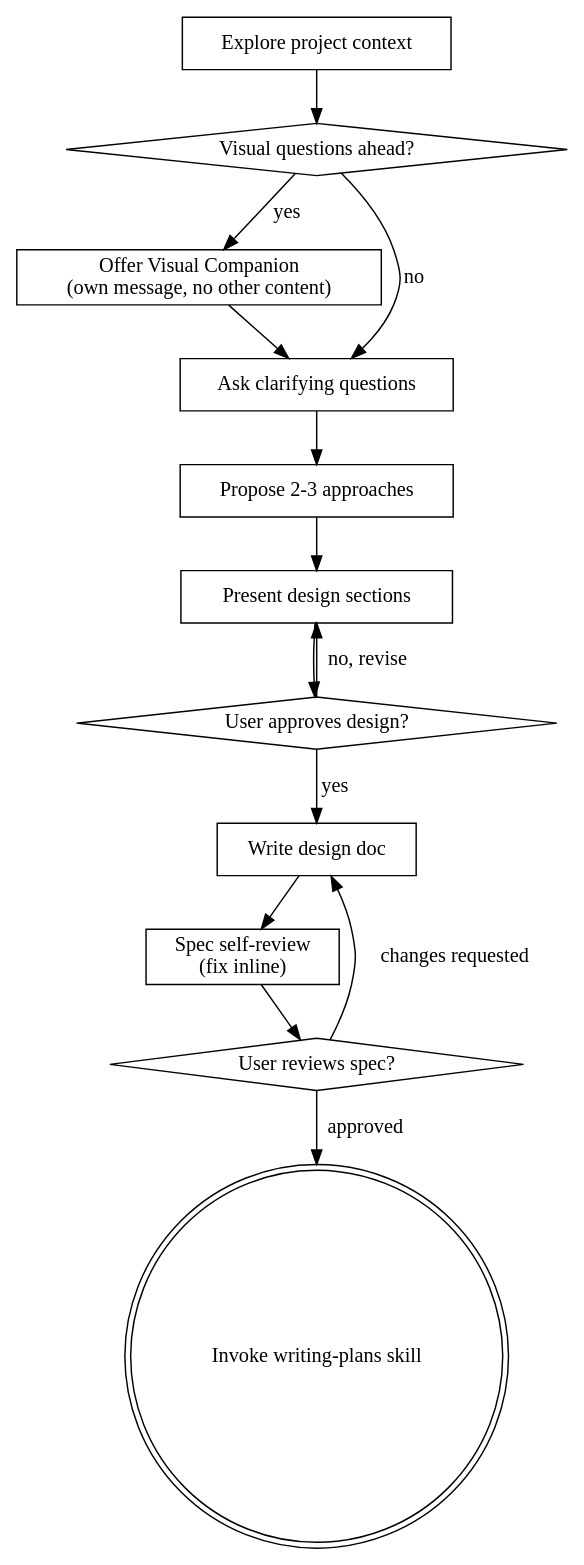
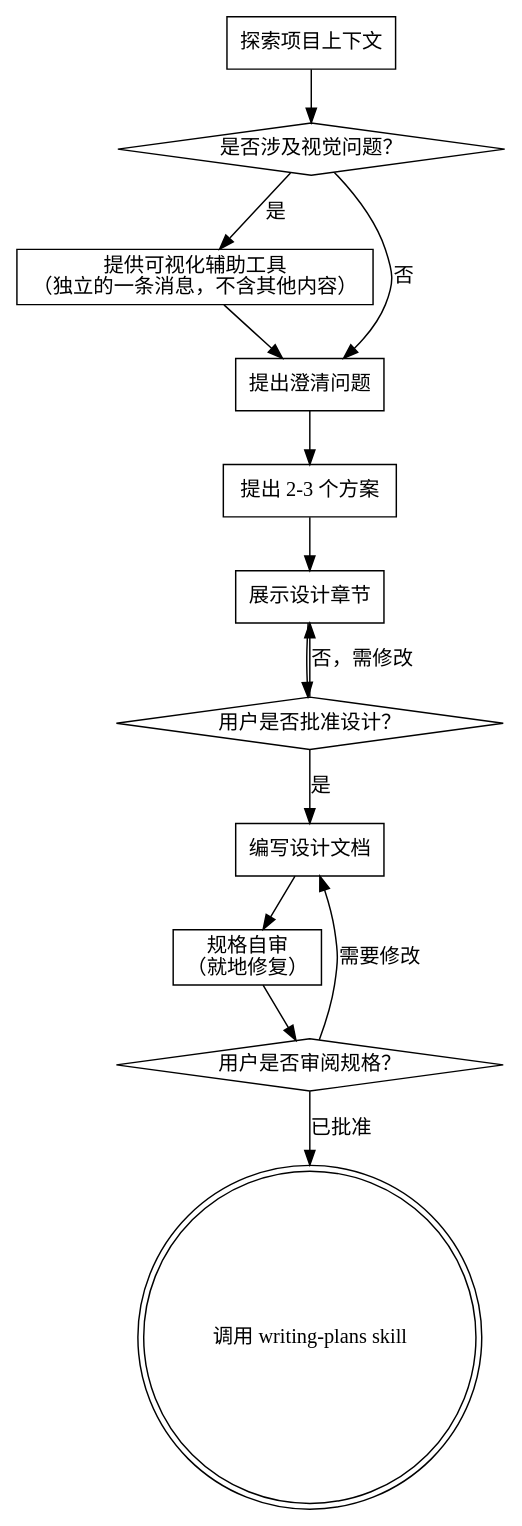
Before and after one commit to leonlee2013/superpowers: the diagram in skills/brainstorming/SKILL.zh.md, drawn with Graphviz. The commit also changed other lines of this file, not shown here.

Commit message:
更新 SKILL.zh.md 文件，翻译并优化了流程图中的内容，以提高可读性和准确性，确保用户在使用 brainstorming 技能时能够更好地理解各个步骤。

````diff
--- a/skills/brainstorming/SKILL.zh.md
+++ b/skills/brainstorming/SKILL.zh.md
@@ -36,29 +37,29 @@
 ```dot
 digraph brainstorming {
-    "Explore project context" [shape=box];
-    "Visual questions ahead?" [shape=diamond];
-    "Offer Visual Companion\n(own message, no other content)" [shape=box];
-    "Ask clarifying questions" [shape=box];
-    "Propose 2-3 approaches" [shape=box];
-    "Present design sections" [shape=box];
-    "User approves design?" [shape=diamond];
-    "Write design doc" [shape=box];
-    "Spec self-review\n(fix inline)" [shape=box];
-    "User reviews spec?" [shape=diamond];
-    "Invoke writing-plans skill" [shape=doublecircle];
+    "探索项目上下文" [shape=box];
+    "是否涉及视觉问题？" [shape=diamond];
+    "提供可视化辅助工具\n（独立的一条消息，不含其他内容）" [shape=box];
+    "提出澄清问题" [shape=box];
+    "提出 2-3 个方案" [shape=box];
+    "展示设计章节" [shape=box];
+    "用户是否批准设计？" [shape=diamond];
+    "编写设计文档" [shape=box];
+    "规格自审\n（就地修复）" [shape=box];
+    "用户是否审阅规格？" [shape=diamond];
+    "调用 writing-plans skill" [shape=doublecircle];
 
-    "Explore project context" -> "Visual questions ahead?";
-    "Visual questions ahead?" -> "Offer Visual Companion\n(own message, no other content)" [label="yes"];
-    "Visual questions ahead?" -> "Ask clarifying questions" [label="no"];
-    "Offer Visual Companion\n(own message, no other content)" -> "Ask clarifying questions";
-    "Ask clarifying questions" -> "Propose 2-3 approaches";
-    "Propose 2-3 approaches" -> "Present design sections";
-    "Present design sections" -> "User approves design?";
-    "User approves design?" -> "Present design sections" [label="no, revise"];
-    "User approves design?" -> "Write design doc" [label="yes"];
-    "Write design doc" -> "Spec self-review\n(fix inline)";
-    "Spec self-review\n(fix inline)" -> "User reviews spec?";
-    "User reviews spec?" -> "Write design doc" [label="changes requested"];
-    "User reviews spec?" -> "Invoke writing-plans skill" [label="approved"];
+    "探索项目上下文" -> "是否涉及视觉问题？";
+    "是否涉及视觉问题？" -> "提供可视化辅助工具\n（独立的一条消息，不含其他内容）" [label="是"];
+    "是否涉及视觉问题？" -> "提出澄清问题" [label="否"];
+    "提供可视化辅助工具\n（独立的一条消息，不含其他内容）" -> "提出澄清问题";
+    "提出澄清问题" -> "提出 2-3 个方案";
+    "提出 2-3 个方案" -> "展示设计章节";
+    "展示设计章节" -> "用户是否批准设计？";
+    "用户是否批准设计？" -> "展示设计章节" [label="否，需修改"];
+    "用户是否批准设计？" -> "编写设计文档" [label="是"];
+    "编写设计文档" -> "规格自审\n（就地修复）";
+    "规格自审\n（就地修复）" -> "用户是否审阅规格？";
+    "用户是否审阅规格？" -> "编写设计文档" [label="需要修改"];
+    "用户是否审阅规格？" -> "调用 writing-plans skill" [label="已批准"];
 }
 ```
````
